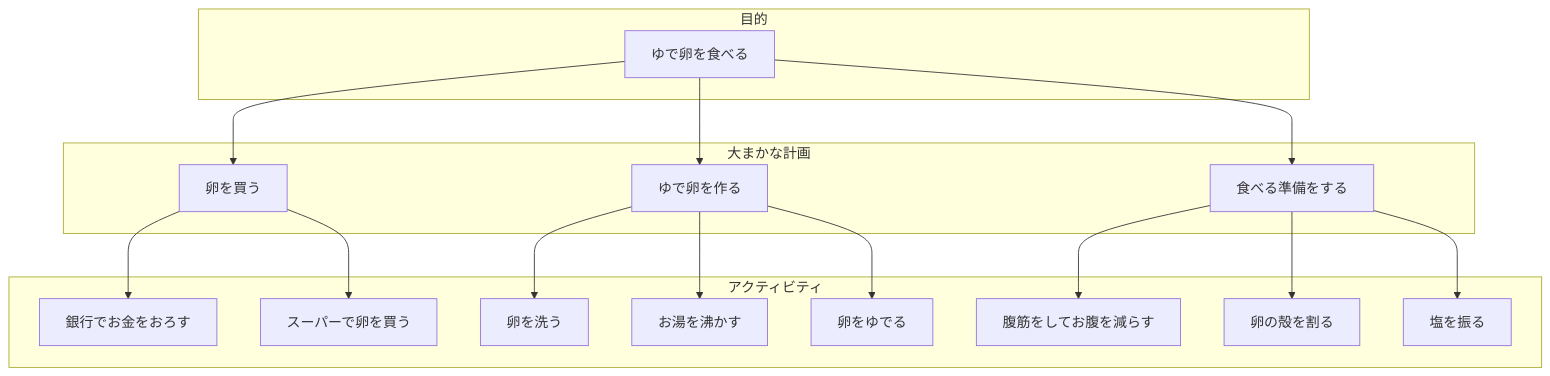
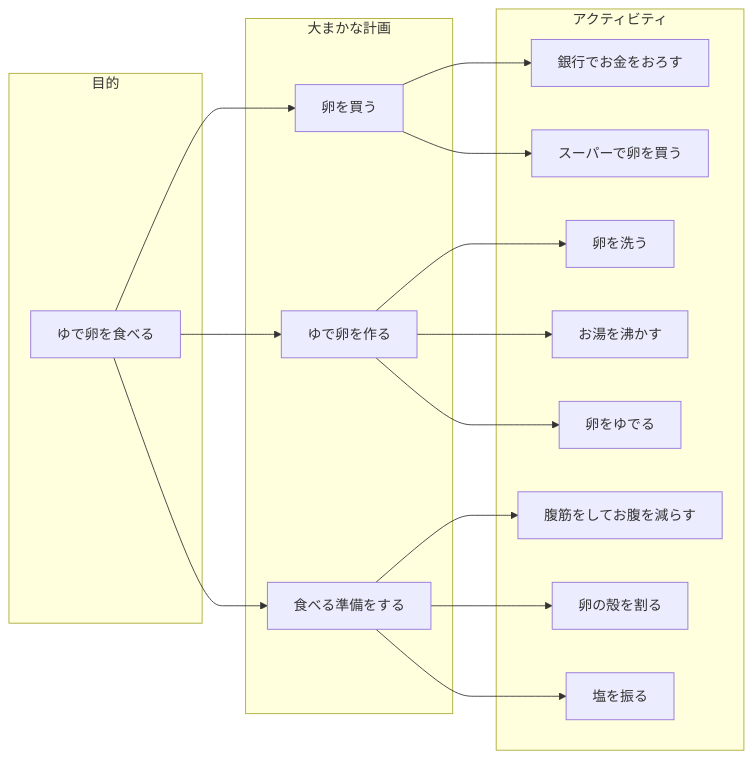
The diagram in egg.md (takumiTakahata/kadai), drawn with Mermaid before and after one commit. The commit also changed 2 other files, not shown here.

Commit message:
ゆで卵の課題

````diff
--- a/egg.md
+++ b/egg.md
@@ -1,23 +1,23 @@
 ```mermaid
-flowchart TB
+flowchart LR
     subgraph 目的
     a1["ゆで卵を食べる"]
     end
     subgraph 大まかな計画
     a1-->b1["卵を買う"];
     a1-->b2["ゆで卵を作る"];
     a1-->b3["食べる準備をする"];
     end
     subgraph アクティビティ
     b1-->c1["銀行でお金をおろす"];
     b1-->c2["スーパーで卵を買う"];
 
     b2-->c3["卵を洗う"];
     b2-->c4["お湯を沸かす"];
     b2-->c5["卵をゆでる"];
 
     b3-->c6["腹筋をしてお腹を減らす"];
     b3-->c7["卵の殻を割る"];
     b3-->c8["塩を振る"];
     end
 ```
````
